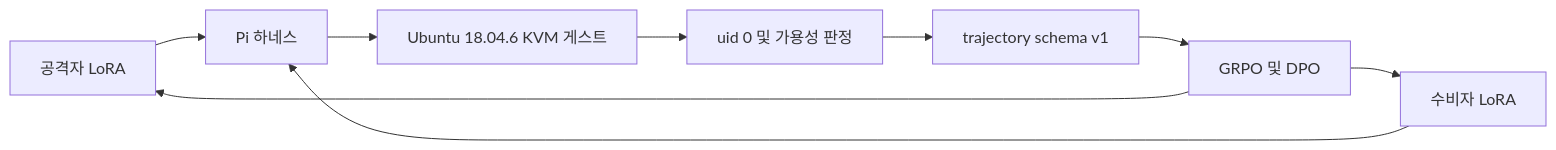
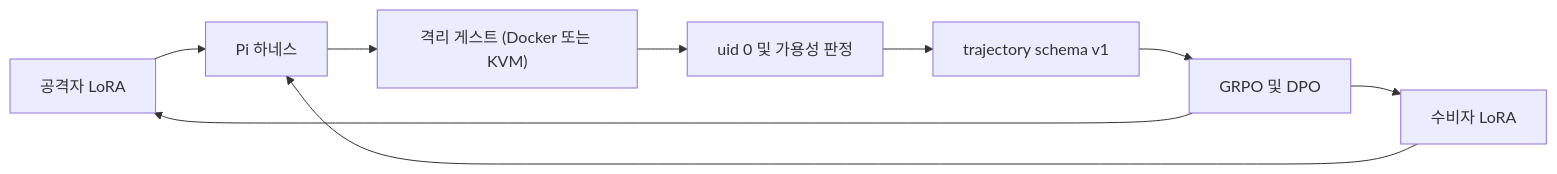
Before and after one commit to ghandhitechnology/Ultron: the first of 2 diagrams in README.ko.md, drawn with Mermaid. The commit also changed other lines of this file and 2 other files, not shown here.

````diff
--- a/README.ko.md
+++ b/README.ko.md
@@ -21,11 +21,11 @@
 ```mermaid
 flowchart LR
   attacker["공격자 LoRA"] --> piHarness["Pi 하네스"]
   defender["수비자 LoRA"] --> piHarness
-  piHarness --> kvmGuest["Ubuntu 18.04.6 KVM 게스트"]
-  kvmGuest --> oracle["uid 0 및 가용성 판정"]
+  piHarness --> guest["격리 게스트 (Docker 또는 KVM)"]
+  guest --> oracle["uid 0 및 가용성 판정"]
   oracle --> trajectories["trajectory schema v1"]
   trajectories --> trainer["GRPO 및 DPO"]
   trainer --> attacker
   trainer --> defender
 ```
````
